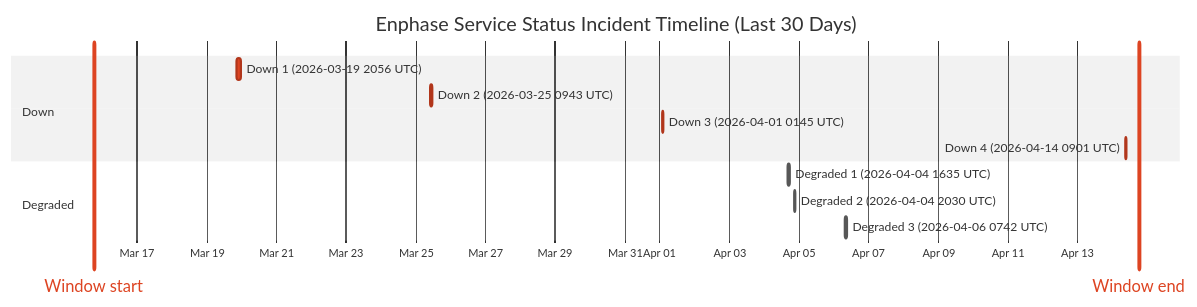
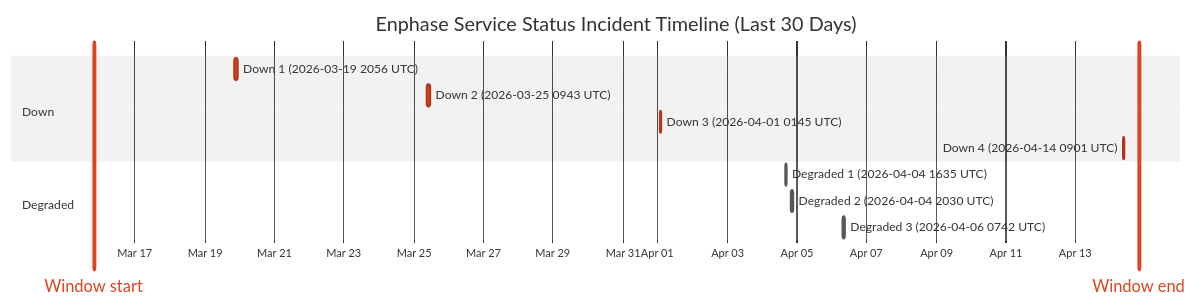
One commit to barneyonline/ha-enphase-ev-charger changed the diagram in wiki/Service-Status-History.md. Above: the diagram before and after it, drawn with Mermaid (neutral theme). The commit also changed other lines of this file and 3 other files, not shown here.

````diff
--- a/wiki/Service-Status-History.md
+++ b/wiki/Service-Status-History.md
@@ -14,17 +14,17 @@
 ```mermaid
 gantt
     title Enphase Service Status Incident Timeline (Last 30 Days)
     dateFormat  YYYY-MM-DDTHH:mm:ss
     axisFormat  %b %d
-    Window start :vert, window-start, 2026-03-15T18:03:56, 0ms
-    Window end :vert, window-end, 2026-04-14T18:03:56, 0ms
+    Window start :vert, window-start, 2026-03-15T19:48:21, 0ms
+    Window end :vert, window-end, 2026-04-14T19:48:21, 0ms
     section Down
     Down 1 (2026-03-19 2056 UTC) :crit, down-1, 2026-03-19T20:56:20, 145m
     Down 2 (2026-03-25 0943 UTC) :crit, down-2, 2026-03-25T09:43:28, 111m
     Down 3 (2026-04-01 0145 UTC) :crit, down-3, 2026-04-01T01:45:09, 60m
     Down 4 (2026-04-14 0901 UTC) :crit, down-4, 2026-04-14T09:01:13, 60m
     section Degraded
     Degraded 1 (2026-04-04 1635 UTC) :active, degraded-1, 2026-04-04T16:35:17, 60m
     Degraded 2 (2026-04-04 2030 UTC) :active, degraded-2, 2026-04-04T20:30:40, 60m
     Degraded 3 (2026-04-06 0742 UTC) :active, degraded-3, 2026-04-06T07:42:09, 85m
 ```
````
